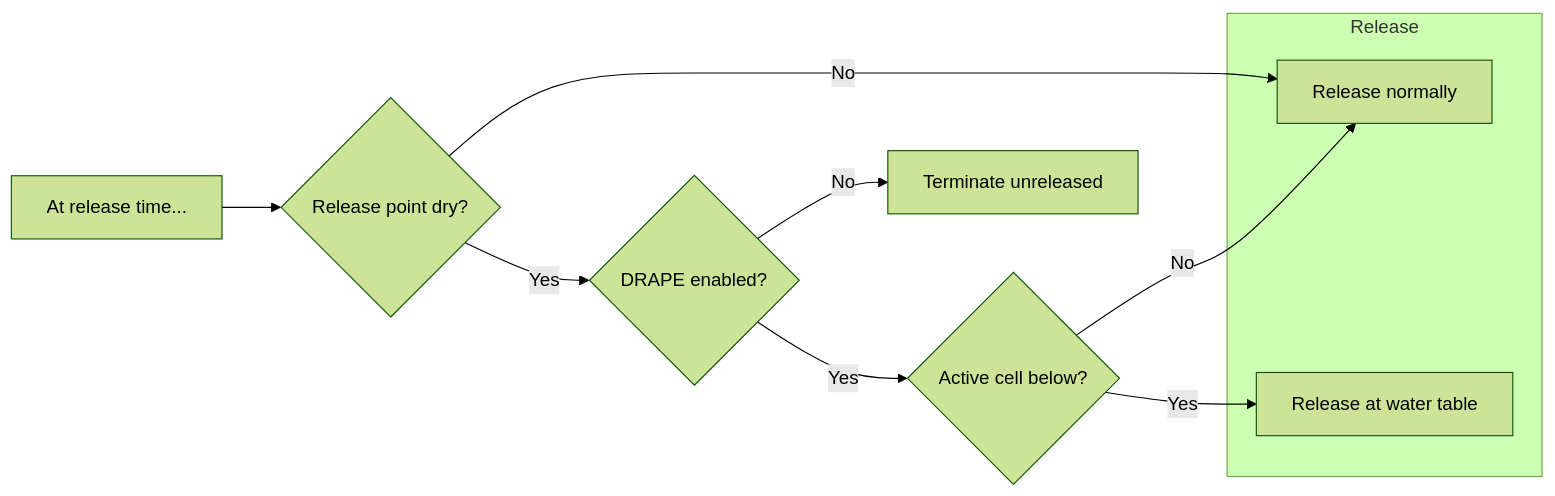
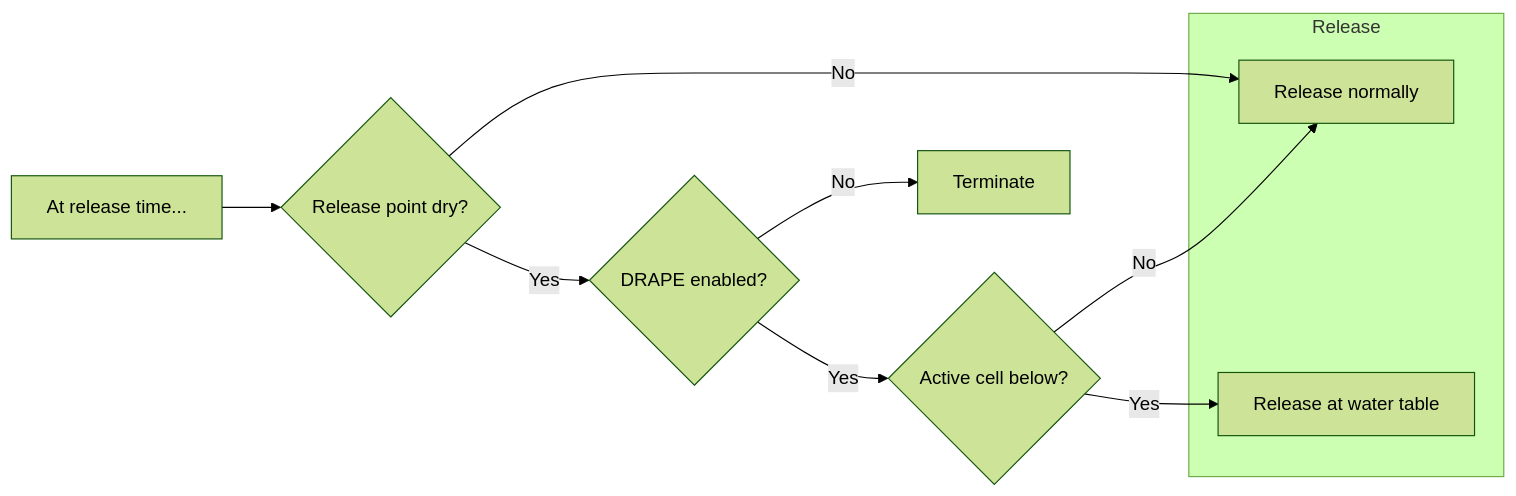
Before and after one commit to MODFLOW-USGS/modflow6: the first of 2 diagrams in src/Solution/ParticleTracker/vertical.md, drawn with Mermaid (forest theme). The commit also changed other lines of this file and 14 other files, not shown here.

````diff
--- a/src/Solution/ParticleTracker/vertical.md
+++ b/src/Solution/ParticleTracker/vertical.md
@@ -21,15 +21,15 @@
 ```mermaid
 flowchart LR
     START[At release time...] --> DRY{Release point dry?}
     DRY --> |No| RELEASE[Release normally]
     DRY --> |Yes| DRAPE{DRAPE enabled?}
     DRAPE --> |Yes| WETBELOW{Active cell below?}
-    DRAPE --> |No| TERMINATE[Terminate unreleased]
+    DRAPE --> |No| TERMINATE[Terminate]
     WETBELOW --> |No| RELEASE[Release normally]
     WETBELOW --> |Yes| RELEASE_AT_TABLE[Release at water table]
     subgraph Release
     RELEASE
     RELEASE_AT_TABLE
     end
     TERMINATE
 ```
````
